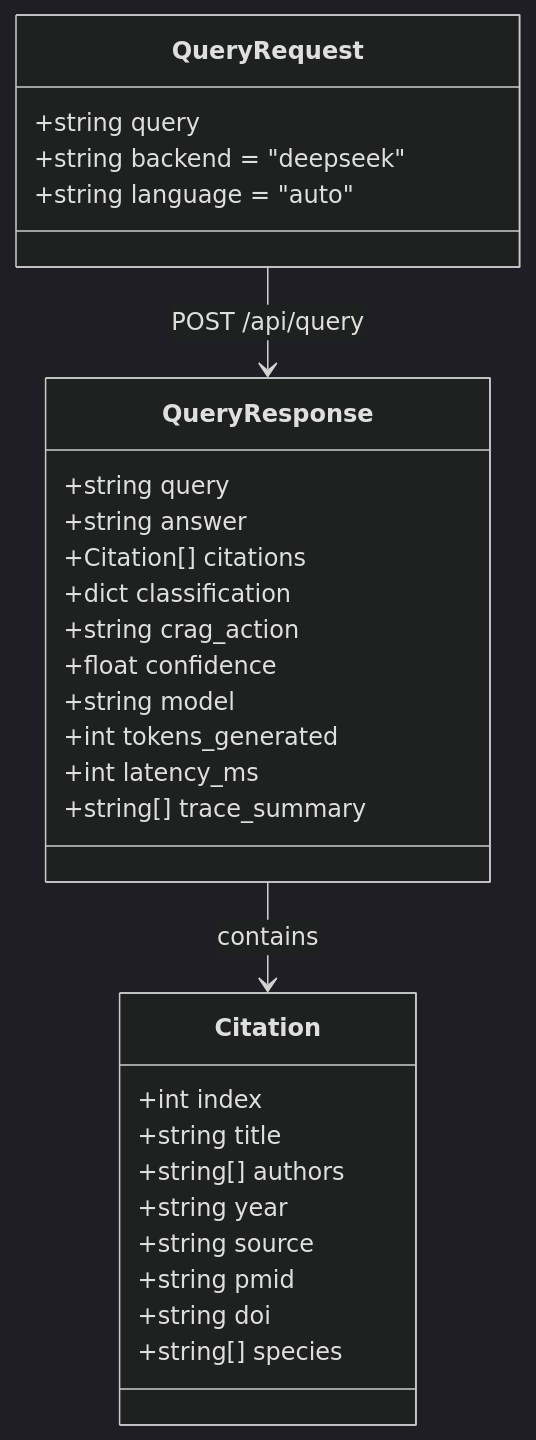
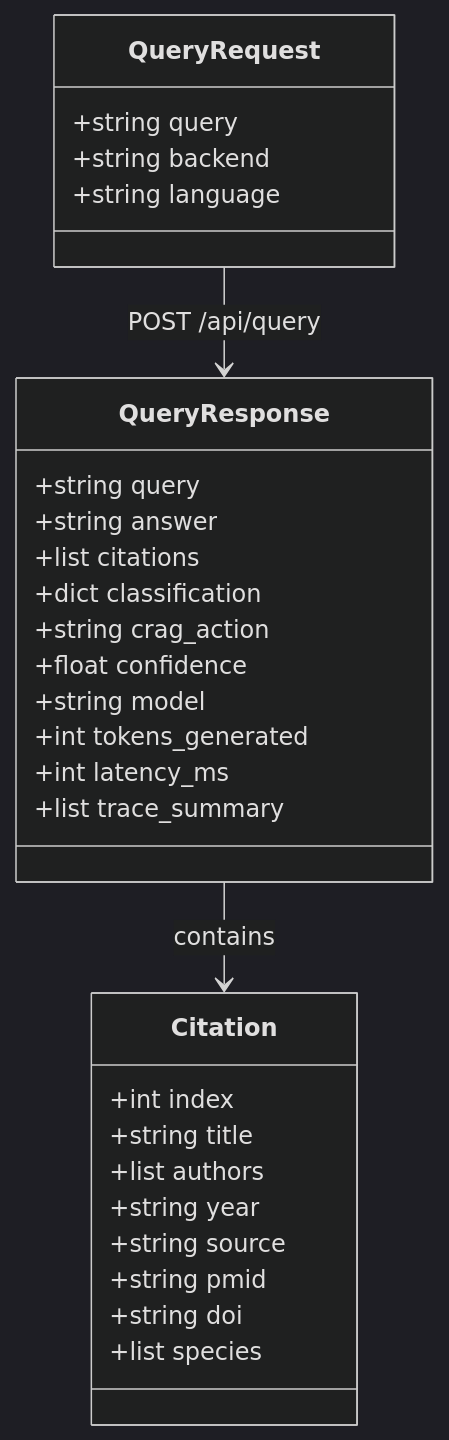
One commit to yughiyami/rag_medicinal_plants changed the seventh of 8 diagrams in README.md. Above: the diagram before and after it, drawn with Mermaid (dark theme). The commit also changed other lines of this file, not shown here.

Commit message:
fix: use ASCII-only chars in Mermaid diagrams for GitHub rendering

````diff
--- a/README.md
+++ b/README.md
@@ -273,35 +257,35 @@
 ```mermaid
 classDiagram
     class QueryRequest {
         +string query
-        +string backend = "deepseek"
-        +string language = "auto"
+        +string backend
+        +string language
     }
 
     class QueryResponse {
         +string query
         +string answer
-        +Citation[] citations
+        +list citations
         +dict classification
         +string crag_action
         +float confidence
         +string model
         +int tokens_generated
         +int latency_ms
-        +string[] trace_summary
+        +list trace_summary
     }
 
     class Citation {
         +int index
         +string title
-        +string[] authors
+        +list authors
         +string year
         +string source
         +string pmid
         +string doi
-        +string[] species
+        +list species
     }
 
     QueryRequest --> QueryResponse : POST /api/query
     QueryResponse --> Citation : contains
 ```
````
